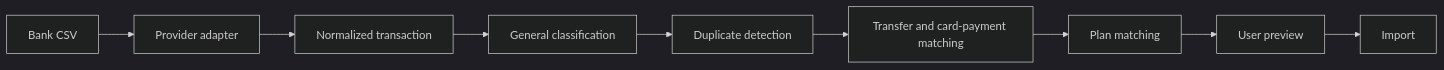
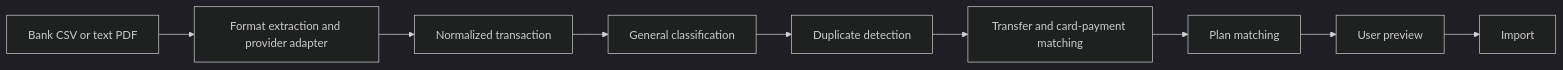
Before and after one commit to 987p2jnkrb-wq/MyAnalyze: the diagram in README.md, drawn with Mermaid (dark theme). The commit also changed other lines of this file and 75 other files, not shown here.

````diff
--- a/README.md
+++ b/README.md
@@ -48,11 +50,11 @@
 ```mermaid
 flowchart LR
-    A[Bank CSV] --> B[Provider adapter]
+    A[Bank CSV or text PDF] --> B[Format extraction and provider adapter]
     B --> C[Normalized transaction]
     C --> D[General classification]
     D --> E[Duplicate detection]
     E --> F[Transfer and card-payment matching]
     F --> G[Plan matching]
     G --> H[User preview]
     H --> I[Import]
 ```
````
